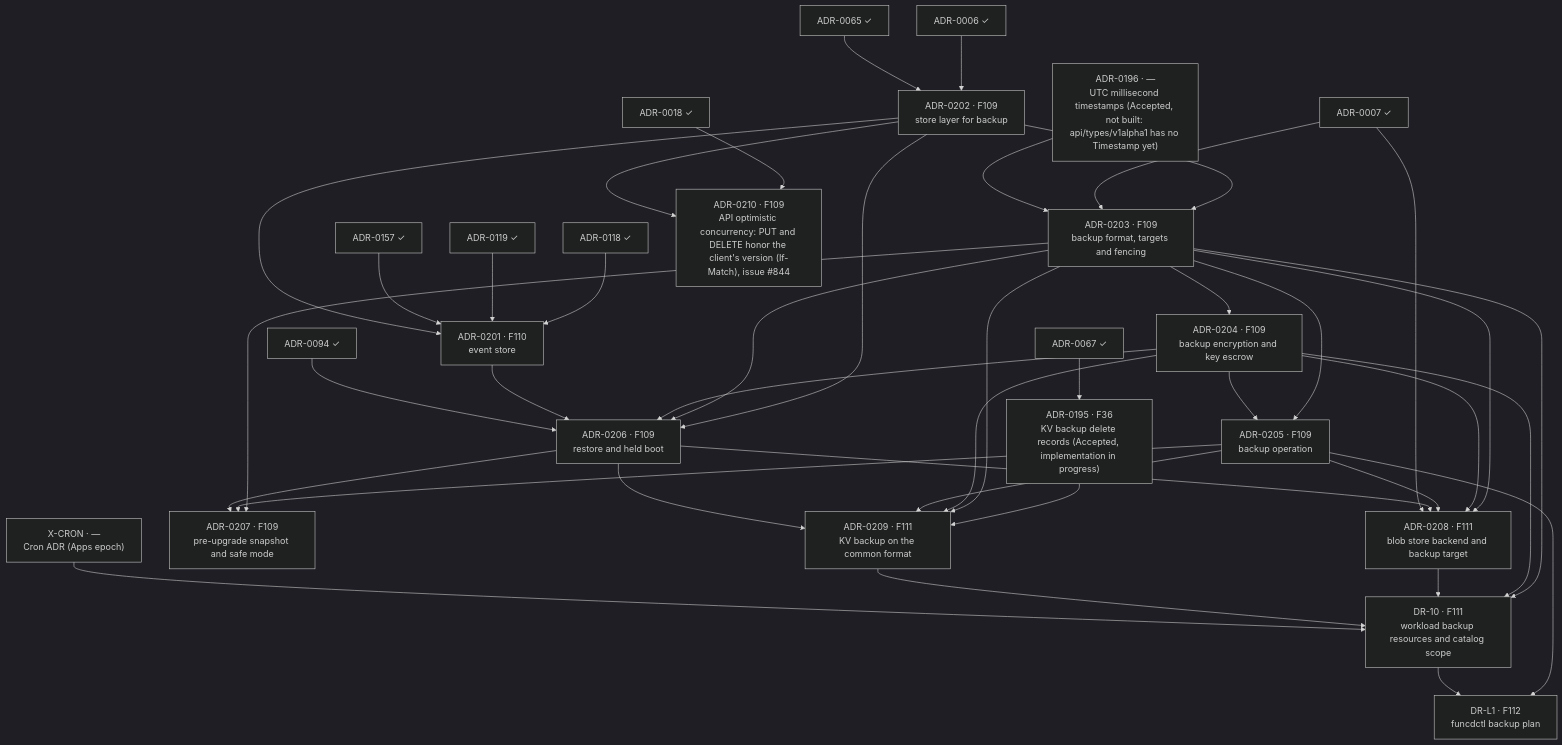
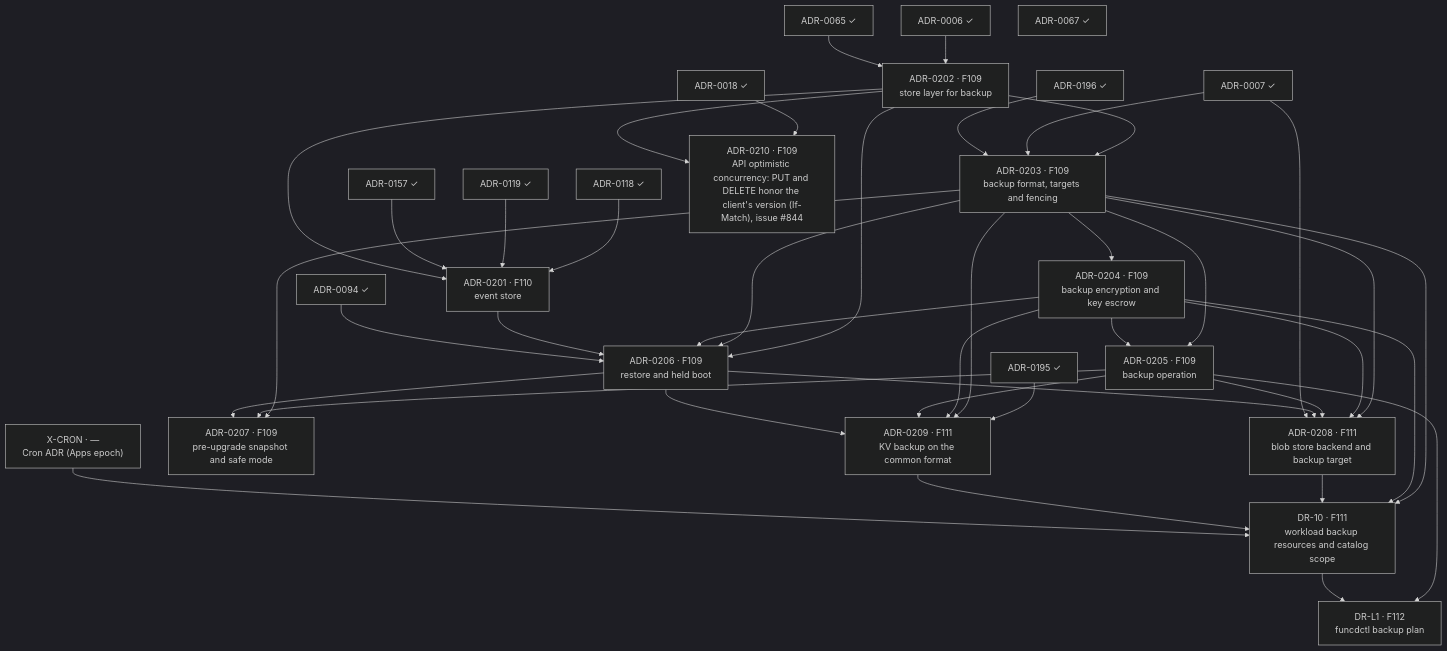
One commit to pyvvo/funcd changed the diagram in docs/roadmap/dr-delivery-plan.md. Above: the diagram before and after it, drawn with Mermaid (dark theme). The commit also changed other lines of this file and 1 other file, not shown here.

Commit message:
docs(roadmap): ADR-0195 and ADR-0196 are Implemented, so they leave the DR plan's items

````diff
--- a/docs/roadmap/dr-delivery-plan.md
+++ b/docs/roadmap/dr-delivery-plan.md
@@ -76,68 +74,67 @@
 ```mermaid
 flowchart TB
     ADR_0006["ADR-0006 ✓"]
     ADR_0007["ADR-0007 ✓"]
     ADR_0018["ADR-0018 ✓"]
     ADR_0065["ADR-0065 ✓"]
     ADR_0067["ADR-0067 ✓"]
     ADR_0094["ADR-0094 ✓"]
     ADR_0118["ADR-0118 ✓"]
     ADR_0119["ADR-0119 ✓"]
     ADR_0157["ADR-0157 ✓"]
-    ADR_0195["ADR-0195 · F36<br/>KV backup delete records (Accepted, implementation in progress)"]
-    ADR_0196["ADR-0196 · —<br/>UTC millisecond timestamps (Accepted, not built: api/types/v1alpha1 has no Timestamp yet)"]
+    ADR_0195["ADR-0195 ✓"]
+    ADR_0196["ADR-0196 ✓"]
     X_CRON["X-CRON · —<br/>Cron ADR (Apps epoch)"]
     ADR_0202["ADR-0202 · F109<br/>store layer for backup"]
     ADR_0201["ADR-0201 · F110<br/>event store"]
     ADR_0203["ADR-0203 · F109<br/>backup format, targets and fencing"]
     ADR_0204["ADR-0204 · F109<br/>backup encryption and key escrow"]
     ADR_0205["ADR-0205 · F109<br/>backup operation"]
     ADR_0206["ADR-0206 · F109<br/>restore and held boot"]
     ADR_0207["ADR-0207 · F109<br/>pre-upgrade snapshot and safe mode"]
     ADR_0208["ADR-0208 · F111<br/>blob store backend and backup target"]
     ADR_0209["ADR-0209 · F111<br/>KV backup on the common format"]
     DR_10["DR-10 · F111<br/>workload backup resources and catalog scope"]
     ADR_0210["ADR-0210 · F109<br/>API optimistic concurrency: PUT and DELETE honor the client's version (If-Match), issue #844"]
     DR_L1["DR-L1 · F112<br/>funcdctl backup plan"]
 
-    ADR_0067 --> ADR_0195
     ADR_0006 --> ADR_0202
     ADR_0065 --> ADR_0202
     ADR_0118 --> ADR_0201
     ADR_0119 --> ADR_0201
     ADR_0157 --> ADR_0201
     ADR_0202 --> ADR_0201
     ADR_0202 --> ADR_0203
     ADR_0007 --> ADR_0203
     ADR_0196 --> ADR_0203
     ADR_0203 --> ADR_0204
     ADR_0203 --> ADR_0205
     ADR_0204 --> ADR_0205
     ADR_0202 --> ADR_0206
     ADR_0203 --> ADR_0206
     ADR_0204 --> ADR_0206
     ADR_0201 --> ADR_0206
     ADR_0094 --> ADR_0206
     ADR_0203 --> ADR_0207
     ADR_0205 --> ADR_0207
     ADR_0206 --> ADR_0207
     ADR_0203 --> ADR_0208
     ADR_0204 --> ADR_0208
     ADR_0205 --> ADR_0208
     ADR_0206 --> ADR_0208
     ADR_0007 --> ADR_0208
     ADR_0195 --> ADR_0209
     ADR_0203 --> ADR_0209
     ADR_0204 --> ADR_0209
     ADR_0205 --> ADR_0209
     ADR_0206 --> ADR_0209
     ADR_0203 --> DR_10
     ADR_0204 --> DR_10
     ADR_0208 --> DR_10
     ADR_0209 --> DR_10
     X_CRON --> DR_10
     ADR_0018 --> ADR_0210
     ADR_0202 --> ADR_0210
     ADR_0205 --> DR_L1
     DR_10 --> DR_L1
 ```
````
